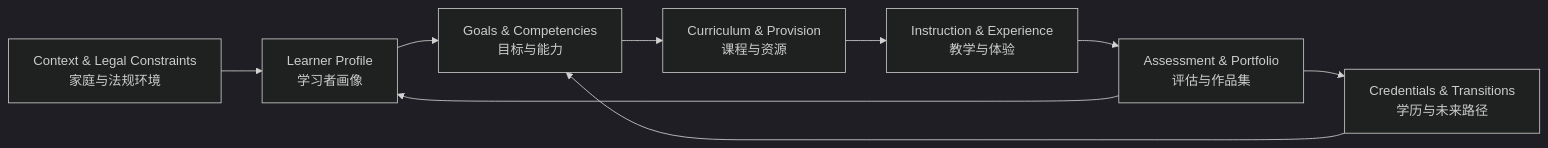
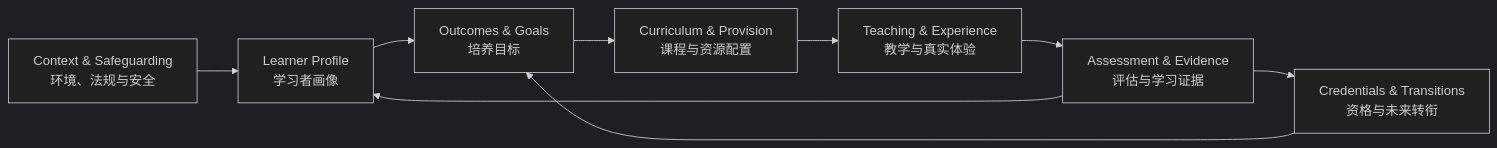
Before and after one commit to 1arry1iu/lux-et-veritas-homeschooling: the diagram in README.md, drawn with Mermaid (dark theme). The commit also changed other lines of this file, not shown here.

````diff
--- a/README.md
+++ b/README.md
@@ -86,11 +155,11 @@
 ```mermaid
 flowchart LR
-    A[Context & Legal Constraints<br/>家庭与法规环境] --> B[Learner Profile<br/>学习者画像]
-    B --> C[Goals & Competencies<br/>目标与能力]
-    C --> D[Curriculum & Provision<br/>课程与资源]
-    D --> E[Instruction & Experience<br/>教学与体验]
-    E --> F[Assessment & Portfolio<br/>评估与作品集]
-    F --> G[Credentials & Transitions<br/>学历与未来路径]
+    A[Context & Safeguarding<br/>环境、法规与安全] --> B[Learner Profile<br/>学习者画像]
+    B --> C[Outcomes & Goals<br/>培养目标]
+    C --> D[Curriculum & Provision<br/>课程与资源配置]
+    D --> E[Teaching & Experience<br/>教学与真实体验]
+    E --> F[Assessment & Evidence<br/>评估与学习证据]
+    F --> G[Credentials & Transitions<br/>资格与未来转衔]
     F --> B
     G --> C
 ```
````
